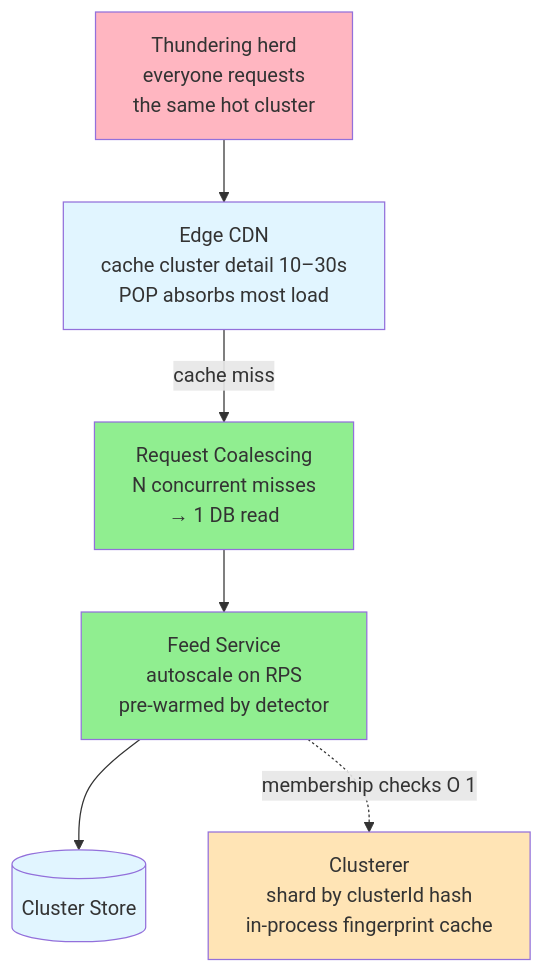
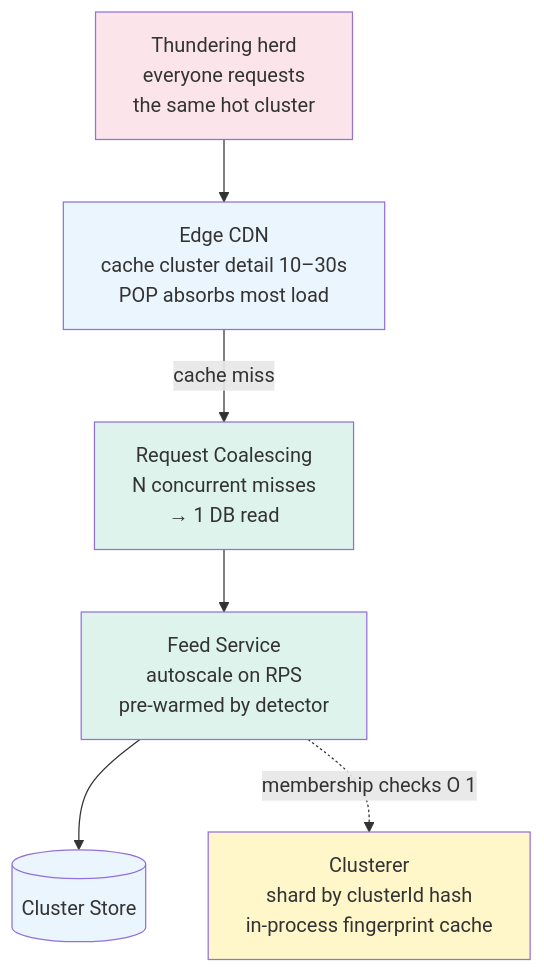
One commit to cartmancodes/InterviewVault changed the sixth of 7 diagrams in LLD/questions/Design News Aggregator.md. Above: the diagram before and after it, drawn with Mermaid. The commit also changed other lines of this file and 679 other files, not shown here.

Commit message:
Unify content diagrams and add accessible visual walkthroughs

````diff
--- a/LLD/questions/Design News Aggregator.md
+++ b/LLD/questions/Design News Aggregator.md
@@ -315,22 +315,22 @@
 ```mermaid
 graph TB
     U[Thundering herd<br/>everyone requests<br/>the same hot cluster]
     CDN[Edge CDN<br/>cache cluster detail 10–30s<br/>POP absorbs most load]
     RC[Request Coalescing<br/>N concurrent misses<br/>→ 1 DB read]
     FS[Feed Service<br/>autoscale on RPS<br/>pre-warmed by detector]
     SHARD[Clusterer<br/>shard by clusterId hash<br/>in-process fingerprint cache]
     DB[(Cluster Store)]
 
     U --> CDN
     CDN -->|cache miss| RC
     RC --> FS
     FS --> DB
     FS -.membership checks O 1.-> SHARD
 
-    style U fill:#FFB6C1
-    style CDN fill:#e1f5ff
-    style RC fill:#90EE90
-    style FS fill:#90EE90
-    style SHARD fill:#FFE4B5
-    style DB fill:#e1f5ff
+    style U fill:#FCE5EA
+    style CDN fill:#EAF5FD
+    style RC fill:#DDF3EC
+    style FS fill:#DDF3EC
+    style SHARD fill:#FFF6C9
+    style DB fill:#EAF5FD
 ```
````
